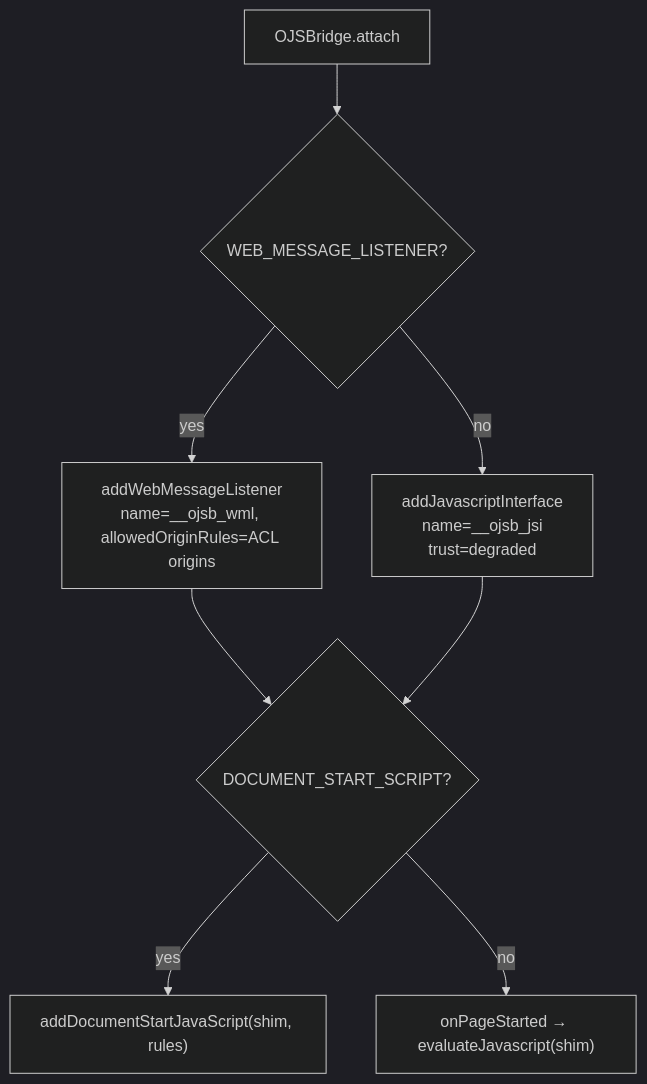
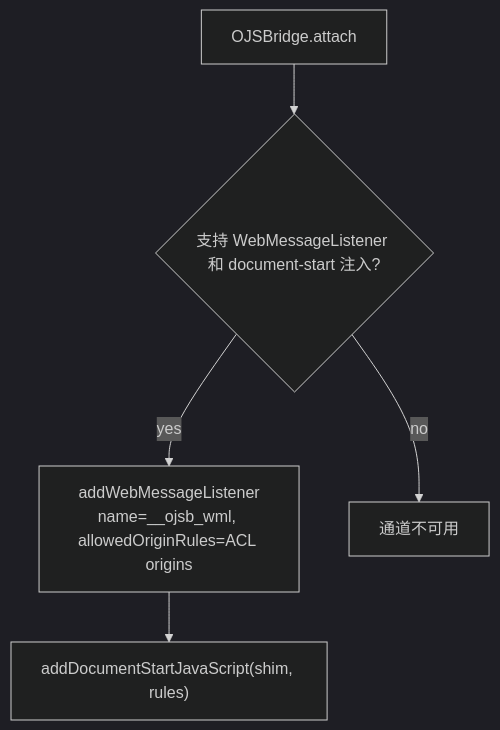
Before and after one commit to Josp3r/open-jsbridge: the first of 2 diagrams in docs/native-android.md, drawn with Mermaid (dark theme). The commit also changed other lines of this file and 25 other files, not shown here.

````diff
--- a/docs/native-android.md
+++ b/docs/native-android.md
@@ -21,10 +23,7 @@
 ```mermaid
 flowchart TD
-  A[OJSBridge.attach] --> B{WEB_MESSAGE_LISTENER?}
+  A[OJSBridge.attach] --> B{支持 WebMessageListener 和 document-start 注入?}
   B -- yes --> C[addWebMessageListener<br/>name=__ojsb_wml, allowedOriginRules=ACL origins]
-  B -- no --> D[addJavascriptInterface<br/>name=__ojsb_jsi<br/>trust=degraded]
-  C --> E{DOCUMENT_START_SCRIPT?}
-  D --> E
-  E -- yes --> F["addDocumentStartJavaScript(shim, rules)"]
-  E -- no --> G["onPageStarted → evaluateJavascript(shim)"]
+  C --> F["addDocumentStartJavaScript(shim, rules)"]
+  B -- no --> D[通道不可用]
 ```
````
